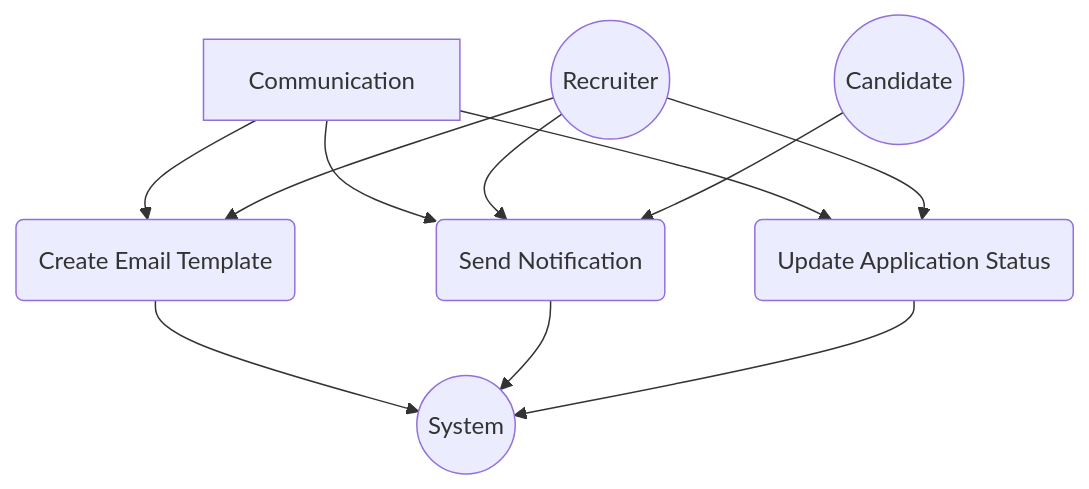
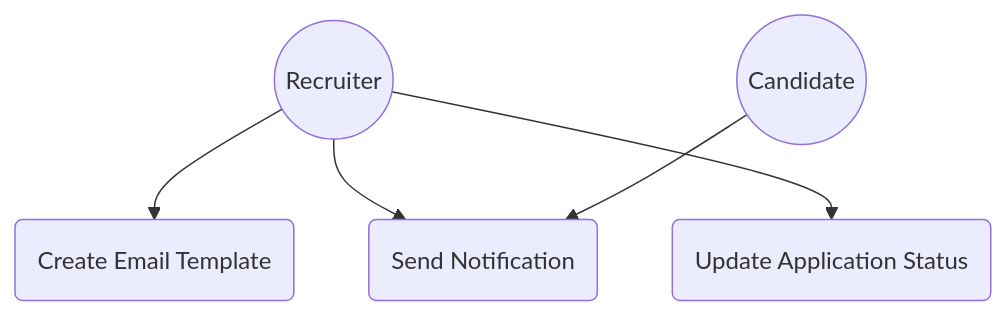
One commit to rgarciademarina/AI4Devs-design-rgm changed the eighth of 26 diagrams in LTI-JACA/LTI-JACA.md. Above: the diagram before and after it, drawn with Mermaid. The commit also changed other lines of this file and 1 other file, not shown here.

Commit message:
Improve diagrams after feedback provided in class to make them more consistent

````diff
--- a/LTI-JACA/LTI-JACA.md
+++ b/LTI-JACA/LTI-JACA.md
@@ -643,16 +585,7 @@
 ```mermaid
 graph TD
-    A[Communication]
-    A --> B(Create Email Template)
-    A --> C(Send Notification)
-    A --> D(Update Application Status)
-    
-    B --> E((System))
-    C --> E
-    D --> E
-    
-    F((Recruiter)) --> B
-    F --> C
-    F --> D
+    F((Recruiter)) --> B(Create Email Template)
+    F --> C(Send Notification)
+    F --> D(Update Application Status)
     G((Candidate)) --> C
 ```
````
